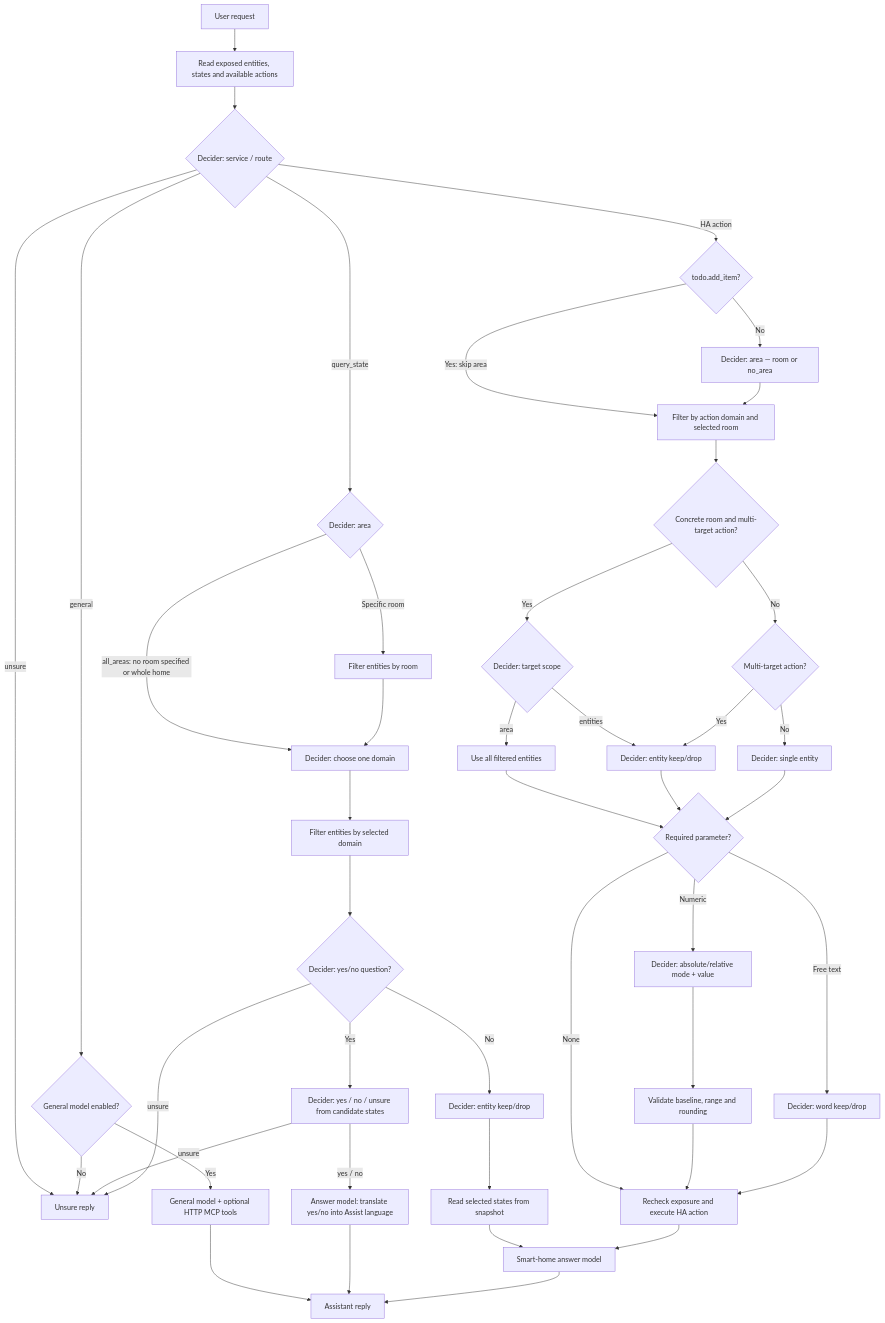
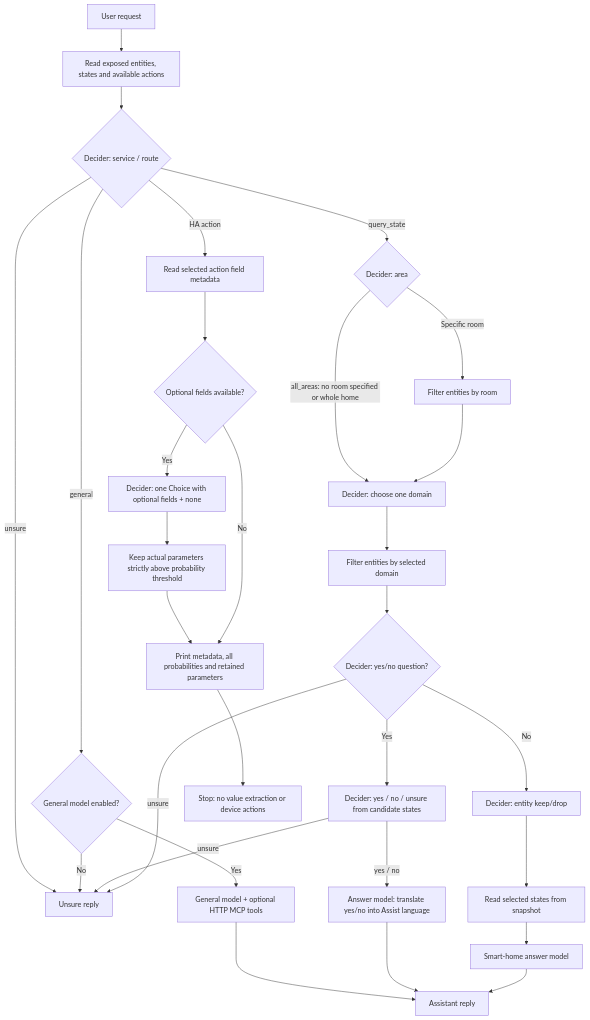
One commit to koriwi/GlowAssistant changed the diagram in decision_flow.mmd. Above: the diagram before and after it, drawn with Mermaid. The commit also changed 18 other files, not shown here.

```diff
--- a/decision_flow.mmd
+++ b/decision_flow.mmd
@@ -1,50 +1,33 @@
 flowchart TD
     Input["User request"] --> Snapshot["Read exposed entities, states and available actions"]
     Snapshot --> Service{"Decider: service / route"}
 
     Service -->|unsure| Unsure["Unsure reply"]
     Service -->|general| Enabled{"General model enabled?"}
     Enabled -->|No| Unsure
     Enabled -->|Yes| General["General model + optional HTTP MCP tools"]
     General --> Reply["Assistant reply"]
 
     Service -->|query_state| QueryArea{"Decider: area"}
     QueryArea -->|Specific room| Room["Filter entities by room"]
     QueryArea -->|"all_areas: no room specified or whole home"| Domains["Decider: choose one domain"]
     Room --> Domains
     Domains --> DomainEntities["Filter entities by selected domain"]
     DomainEntities --> QueryType{"Decider: yes/no question?"}
     QueryType -->|Yes| BinaryAnswer["Decider: yes / no / unsure from candidate states"]
     BinaryAnswer -->|unsure| Unsure
     BinaryAnswer -->|yes / no| Translate["Answer model: translate yes/no into Assist language"]
     Translate --> Reply
     QueryType -->|No| QueryTargets["Decider: entity keep/drop"]
     QueryType -->|unsure| Unsure
     QueryTargets --> States["Read selected states from snapshot"]
     States --> Answer["Smart-home answer model"]
     Answer --> Reply
 
-    Service -->|HA action| Todo{"todo.add_item?"}
-    Todo -->|"Yes: skip area"| Filter
-    Todo -->|No| ActionArea["Decider: area — room or no_area"]
-    ActionArea --> Filter["Filter by action domain and selected room"]
-
-    Filter --> Shortcut{"Concrete room and multi-target action?"}
-    Shortcut -->|Yes| Scope{"Decider: target scope"}
-    Scope -->|area| AreaTargets["Use all filtered entities"]
-    Scope -->|entities| ActionTargets["Decider: entity keep/drop"]
-    Shortcut -->|No| Multiple{"Multi-target action?"}
-    Multiple -->|Yes| ActionTargets
-    Multiple -->|No| Single["Decider: single entity"]
-
-    AreaTargets --> Parameter{"Required parameter?"}
-    ActionTargets --> Parameter
-    Single --> Parameter
-
-    Parameter -->|None| Execute["Recheck exposure and execute HA action"]
-    Parameter -->|Numeric| Numeric["Decider: absolute/relative mode + value"]
-    Numeric --> Validate["Validate baseline, range and rounding"]
-    Validate --> Execute
-    Parameter -->|Free text| Text["Decider: word keep/drop"]
-    Text --> Execute
-    Execute --> Answer
+    Service -->|HA action| Metadata["Read selected action field metadata"]
+    Metadata --> Optional{"Optional fields available?"}
+    Optional -->|Yes| Parameters["Decider: one Choice with optional fields + none"]
+    Parameters --> Probability["Keep actual parameters strictly above probability threshold"]
+    Probability --> Console["Print metadata, all probabilities and retained parameters"]
+    Optional -->|No| Console
+    Console --> Stop["Stop: no value extraction or device actions"]
```
